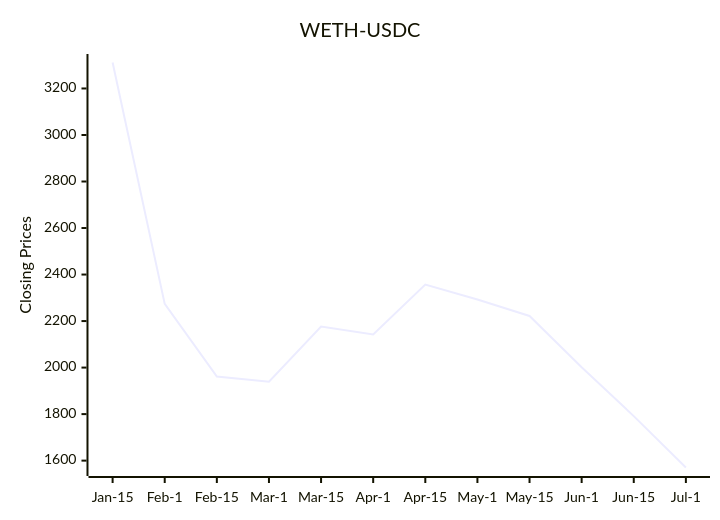
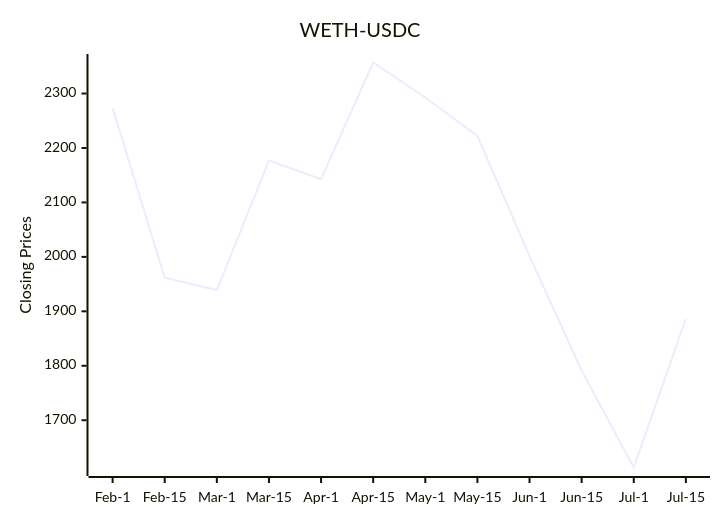
One commit to bicced/ReadmeCryptoPriceChart changed the diagram in README.md. Above: the diagram before and after it, drawn with Mermaid.

Commit message:
Update README with latest DEX data

````diff
--- a/README.md
+++ b/README.md
@@ -6,7 +6,7 @@
 ```mermaid
 xychart-beta
   title "WETH-USDC"
-  x-axis [Jan-15,Feb-1,Feb-15,Mar-1,Mar-15,Apr-1,Apr-15,May-1,May-15,Jun-1,Jun-15,Jul-1]
-  y-axis "Closing Prices" 1570.45081794247 --> 3311.65440575894
-  line [3311.65440575894,2273.66104115322,1961.76630440433,1939.10322356354,2176.74756246377,2142.76888865301,2356.96568036046,2292.65162475032,2221.95469456272,2001.52516545443,1791.29479125771,1570.45081794247]
+  x-axis [Feb-1,Feb-15,Mar-1,Mar-15,Apr-1,Apr-15,May-1,May-15,Jun-1,Jun-15,Jul-1,Jul-15]
+  y-axis "Closing Prices" 1613.19126791519 --> 2356.96568036046
+  line [2273.66104115322,1961.76630440433,1939.10322356354,2176.74756246377,2142.76888865301,2356.96568036046,2292.65162475032,2221.95469456272,2001.52516545443,1791.29479125771,1613.19126791519,1886.3]
 ```
````
